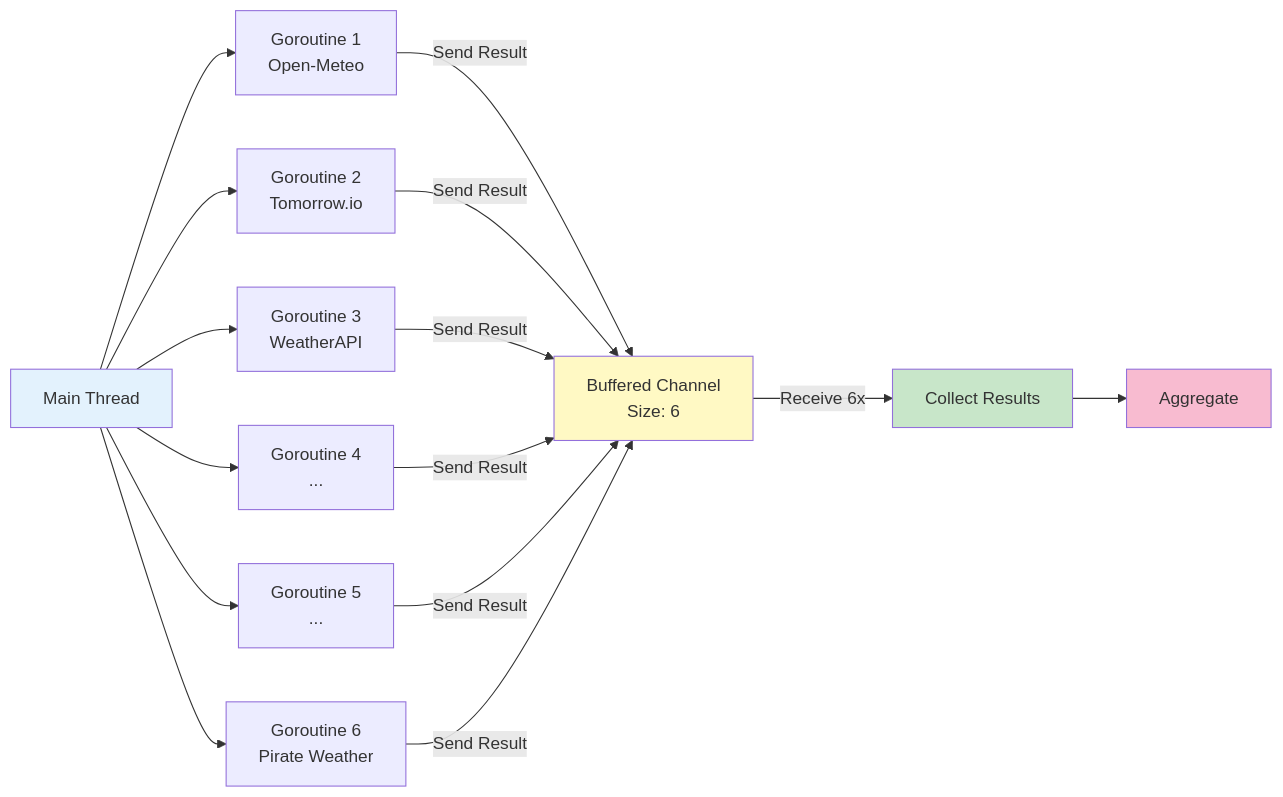
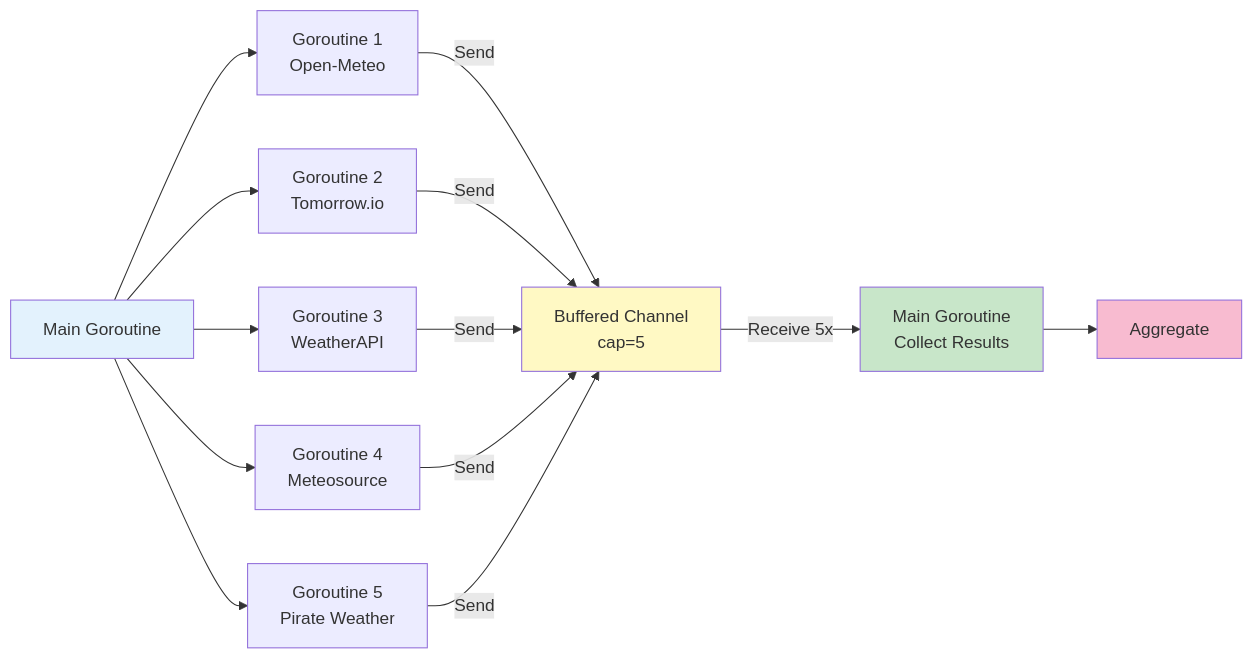
The third of 4 diagrams in README.md (dustin2023/concepts-of-programming-languages-compared-with-go), drawn with Mermaid before and after one commit. The commit also changed other lines of this file and 4 other files, not shown here.

````diff
--- a/README.md
+++ b/README.md
@@ -125,24 +235,22 @@
 ```mermaid
 graph LR
-    Main[Main Thread] --> G1[Goroutine 1<br/>Open-Meteo]
+    Main[Main Goroutine] --> G1[Goroutine 1<br/>Open-Meteo]
     Main --> G2[Goroutine 2<br/>Tomorrow.io]
     Main --> G3[Goroutine 3<br/>WeatherAPI]
-    Main --> G4[Goroutine 4<br/>...]
-    Main --> G5[Goroutine 5<br/>...]
-    Main --> G6[Goroutine 6<br/>Pirate Weather]
+    Main --> G4[Goroutine 4<br/>Meteosource]
+    Main --> G5[Goroutine 5<br/>Pirate Weather]
     
-    G1 -->|Send Result| CH[Buffered Channel<br/>Size: 6]
-    G2 -->|Send Result| CH
-    G3 -->|Send Result| CH
-    G4 -->|Send Result| CH
-    G5 -->|Send Result| CH
-    G6 -->|Send Result| CH
+    G1 -->|Send| CH[Buffered Channel<br/>cap=5]
+    G2 -->|Send| CH
+    G3 -->|Send| CH
+    G4 -->|Send| CH
+    G5 -->|Send| CH
     
-    CH -->|Receive 6x| Collect[Collect Results]
+    CH -->|Receive 5x| Collect[Main Goroutine<br/>Collect Results]
     Collect --> Agg[Aggregate]
     
     style Main fill:#e3f2fd
     style CH fill:#fff9c4
     style Collect fill:#c8e6c9
     style Agg fill:#f8bbd0
 ```
````
